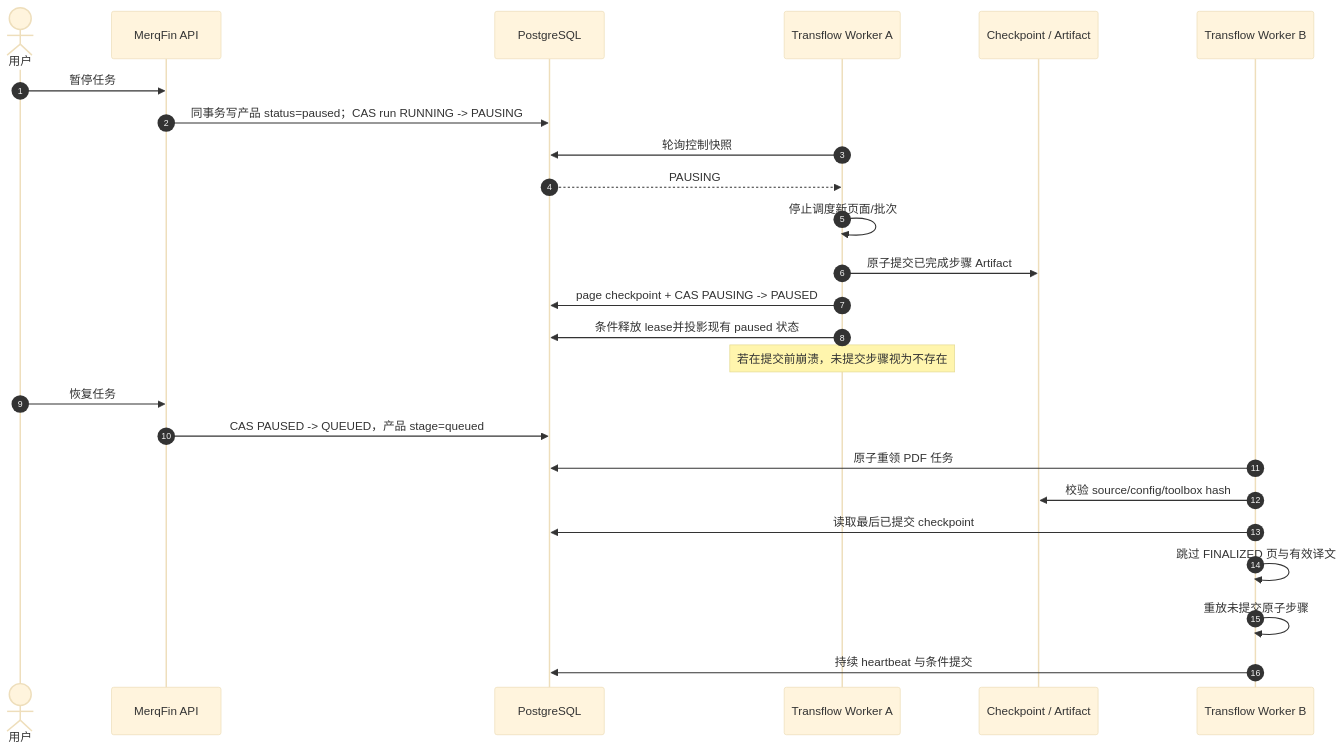
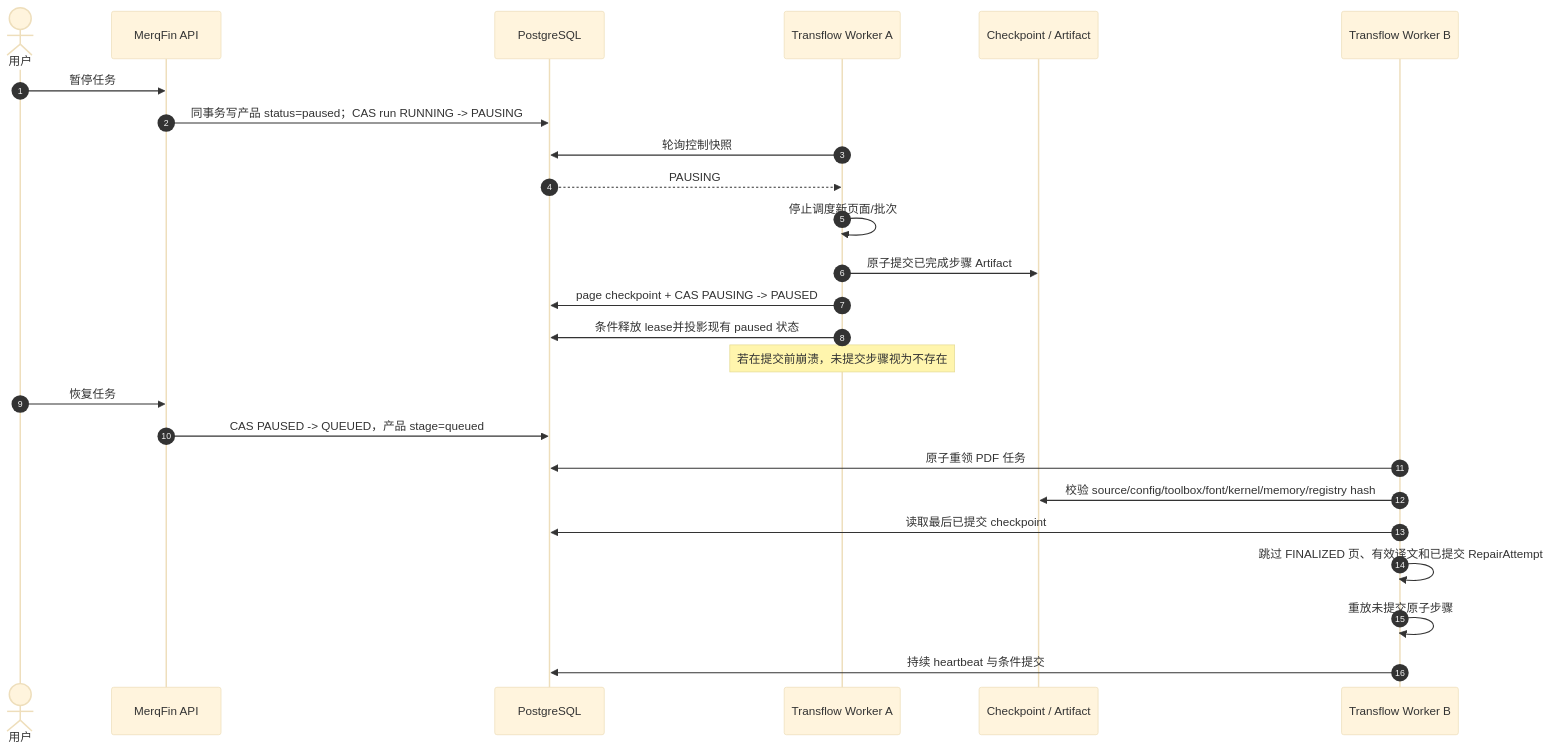
One commit to huacc/transflow changed diagram 11 of 13 in docs/设计/Transflow_PDF翻译排版引擎_总体设计_v0.1.md. Above: the diagram before and after it, drawn with Mermaid (base theme). The commit also changed other lines of this file and 1 other file, not shown here.

Commit message:
docs: add PDF engine plan and repair memory model

````diff
--- a/docs/设计/Transflow_PDF翻译排版引擎_总体设计_v0.1.md
+++ b/docs/设计/Transflow_PDF翻译排版引擎_总体设计_v0.1.md
@@ -1382,30 +1581,30 @@
 ```mermaid
 sequenceDiagram
     autonumber
     actor User as 用户
     participant API as MerqFin API
     participant DB as PostgreSQL
     participant TF1 as Transflow Worker A
     participant FS as Checkpoint / Artifact
     participant TF2 as Transflow Worker B
 
     User->>API: 暂停任务
     API->>DB: 同事务写产品 status=paused；CAS run RUNNING -> PAUSING
     TF1->>DB: 轮询控制快照
     DB-->>TF1: PAUSING
     TF1->>TF1: 停止调度新页面/批次
     TF1->>FS: 原子提交已完成步骤 Artifact
     TF1->>DB: page checkpoint + CAS PAUSING -> PAUSED
     TF1->>DB: 条件释放 lease并投影现有 paused 状态
 
     Note over TF1: 若在提交前崩溃，未提交步骤视为不存在
 
     User->>API: 恢复任务
     API->>DB: CAS PAUSED -> QUEUED，产品 stage=queued
     TF2->>DB: 原子重领 PDF 任务
-    TF2->>FS: 校验 source/config/toolbox hash
+    TF2->>FS: 校验 source/config/toolbox/font/kernel/memory/registry hash
     TF2->>DB: 读取最后已提交 checkpoint
-    TF2->>TF2: 跳过 FINALIZED 页与有效译文
+    TF2->>TF2: 跳过 FINALIZED 页、有效译文和已提交 RepairAttempt
     TF2->>TF2: 重放未提交原子步骤
     TF2->>DB: 持续 heartbeat 与条件提交
 ```
````
